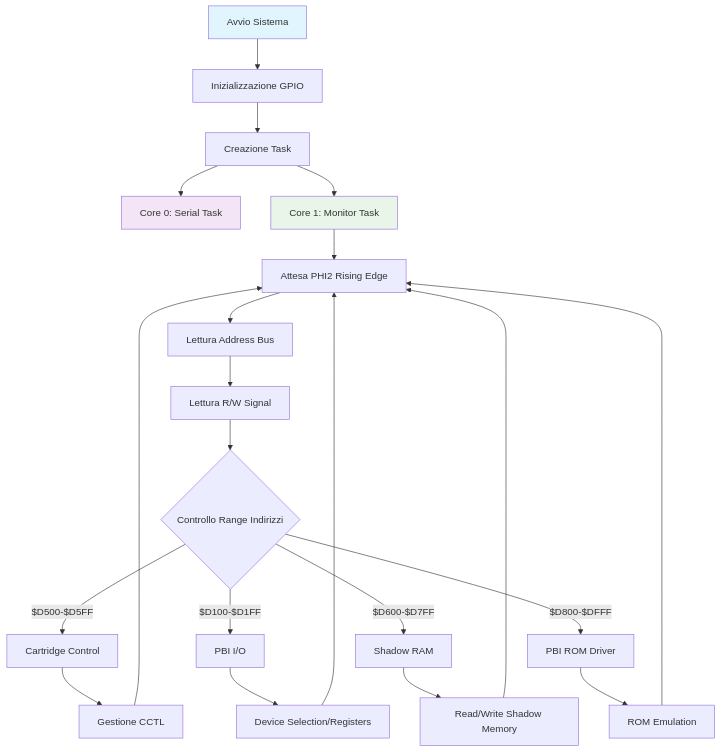
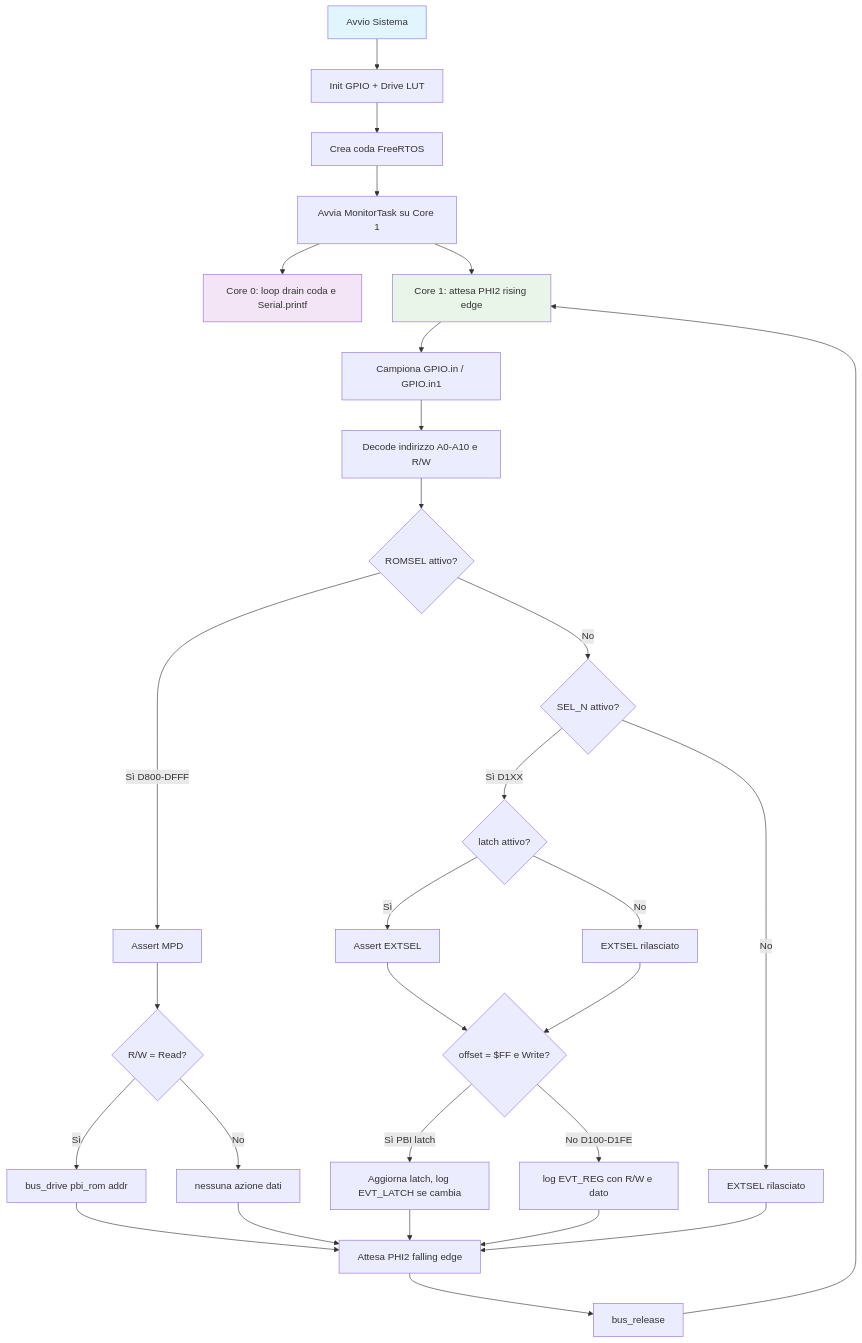
The second of 4 diagrams in README.md (gianlucarenzi/ESP32-BOBOARD-5V), drawn with Mermaid before and after one commit. The commit also changed other lines of this file and 2 other files, not shown here.

First line of the commit message:
feat: add FreeRTOS log queue with microsecond timestamps

````diff
--- a/README.md
+++ b/README.md
@@ -328,31 +330,39 @@
 ```mermaid
 flowchart TD
-    A[Avvio Sistema] --> B[Inizializzazione GPIO]
-    B --> C[Creazione Task]
-    C --> D[Core 0: Serial Task]
-    C --> E[Core 1: Monitor Task]
-    
-    E --> F[Attesa PHI2 Rising Edge]
-    F --> G[Lettura Address Bus]
-    G --> H[Lettura R/W Signal]
-    H --> I{Controllo Range Indirizzi}
-    
-    I -->|$D500-$D5FF| J[Cartridge Control]
-    I -->|$D100-$D1FF| K[PBI I/O]
-    I -->|$D600-$D7FF| L[Shadow RAM]
-    I -->|$D800-$DFFF| M[PBI ROM Driver]
-    
-    J --> N[Gestione CCTL]
-    K --> O[Device Selection/Registers]
-    L --> P[Read/Write Shadow Memory]
-    M --> Q[ROM Emulation]
-    
-    N --> F
-    O --> F
-    P --> F
-    Q --> F
-    
+    A[Avvio Sistema] --> B[Init GPIO + Drive LUT]
+    B --> C[Crea coda FreeRTOS]
+    C --> D[Avvia MonitorTask su Core 1]
+    D --> E[Core 0: loop drain coda e Serial.printf]
+    D --> F[Core 1: attesa PHI2 rising edge]
+
+    F --> G[Campiona GPIO.in / GPIO.in1]
+    G --> H[Decode indirizzo A0-A10 e R/W]
+    H --> I{ROMSEL attivo?}
+
+    I -->|Sì D800-DFFF| J[Assert MPD]
+    J --> K{R/W = Read?}
+    K -->|Sì| L[bus_drive pbi_rom addr]
+    K -->|No| M[nessuna azione dati]
+
+    I -->|No| N{SEL_N attivo?}
+    N -->|Sì D1XX| O{latch attivo?}
+    O -->|Sì| P[Assert EXTSEL]
+    O -->|No| Q[EXTSEL rilasciato]
+    P --> R{offset = $FF e Write?}
+    Q --> R
+    R -->|Sì PBI latch| S[Aggiorna latch, log EVT_LATCH se cambia]
+    R -->|No D100-D1FE| T[log EVT_REG con R/W e dato]
+    N -->|No| U[EXTSEL rilasciato]
+
+    L --> V[Attesa PHI2 falling edge]
+    M --> V
+    S --> V
+    T --> V
+    U --> V
+    V --> W[bus_release]
+    W --> F
+
     style A fill:#e1f5fe
-    style D fill:#f3e5f5
-    style E fill:#e8f5e8
+    style E fill:#f3e5f5
+    style F fill:#e8f5e8
 ```
````
